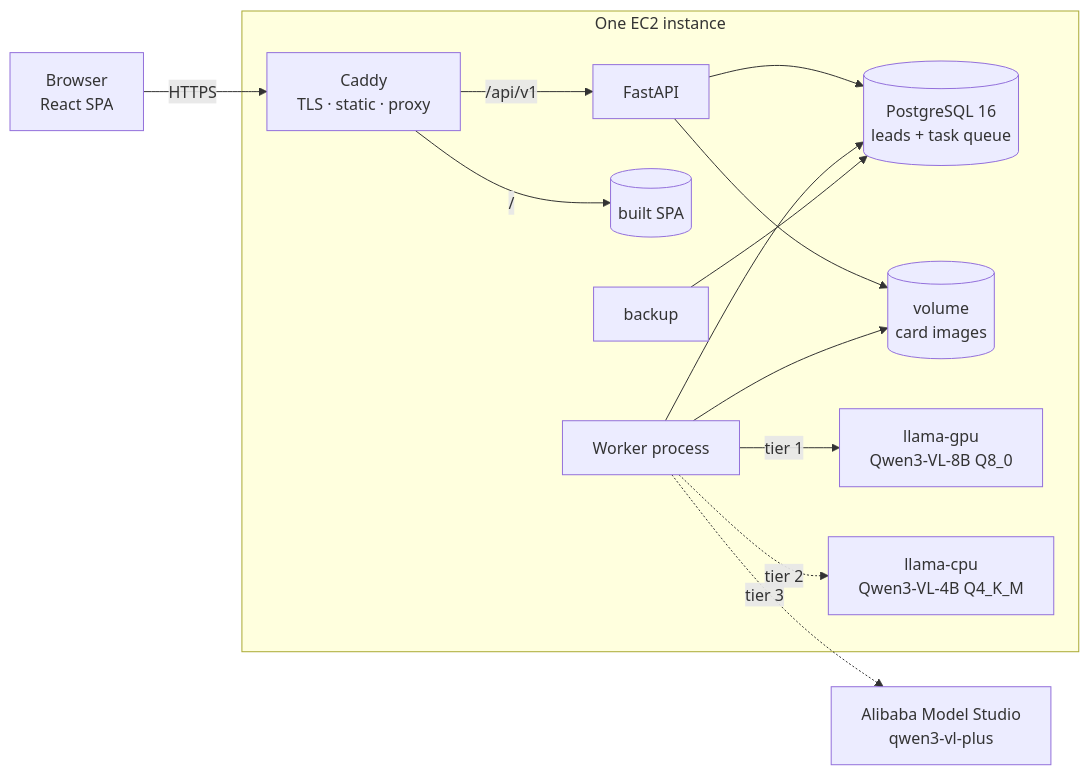
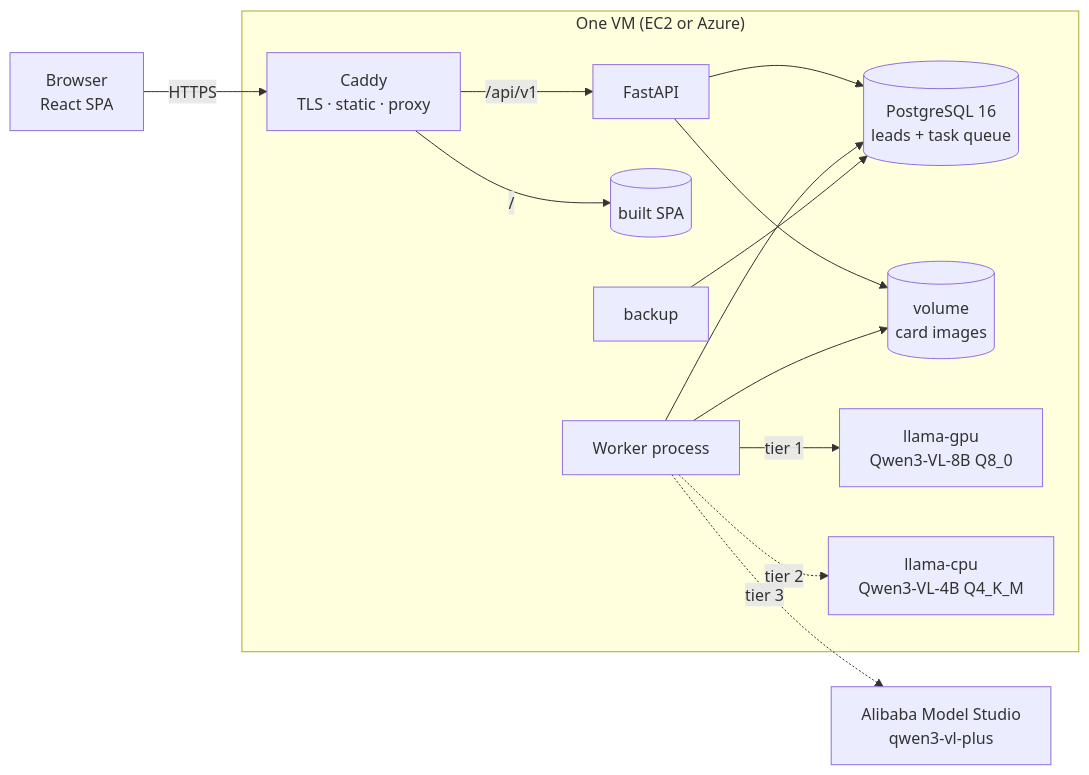
Before and after one commit to muditagrawal-alt/VLM_Business_Card_Lead_Extraction: the first of 4 diagrams in docs/ARCHITECTURE.md, drawn with Mermaid. The commit also changed 2 other files, not shown here.

Commit message:
docs: record the T4 measurements and the decision to host the GPU tier on Azure
The evaluation previously said the T4 would be measured separately; it now
carries the two live runs, cold and warm, and drops the T4 from the list of
unmeasured things. The decisions record explains the AWS quota outcome and
why moving the GPU tier cost one bootstrap script and nothing else.

````diff
--- a/docs/ARCHITECTURE.md
+++ b/docs/ARCHITECTURE.md
@@ -5,18 +5,18 @@
 ```mermaid
 flowchart LR
   U[Browser<br/>React SPA] -->|HTTPS| C[Caddy<br/>TLS · static · proxy]
   C -->|/api/v1| A[FastAPI]
   C -->|/| S[(built SPA)]
   A --> P[(PostgreSQL 16<br/>leads + task queue)]
   A --> F[(volume<br/>card images)]
   W[Worker process] --> P
   W --> F
   W -->|tier 1| G[llama-gpu<br/>Qwen3-VL-8B Q8_0]
   W -.->|tier 2| Cp[llama-cpu<br/>Qwen3-VL-4B Q4_K_M]
   W -.->|tier 3| M[Alibaba Model Studio<br/>qwen3-vl-plus]
   B[backup] --> P
 
-  subgraph instance["One EC2 instance"]
+  subgraph instance["One VM (EC2 or Azure)"]
     C; A; S; P; F; W; G; Cp; B
   end
 ```
````
